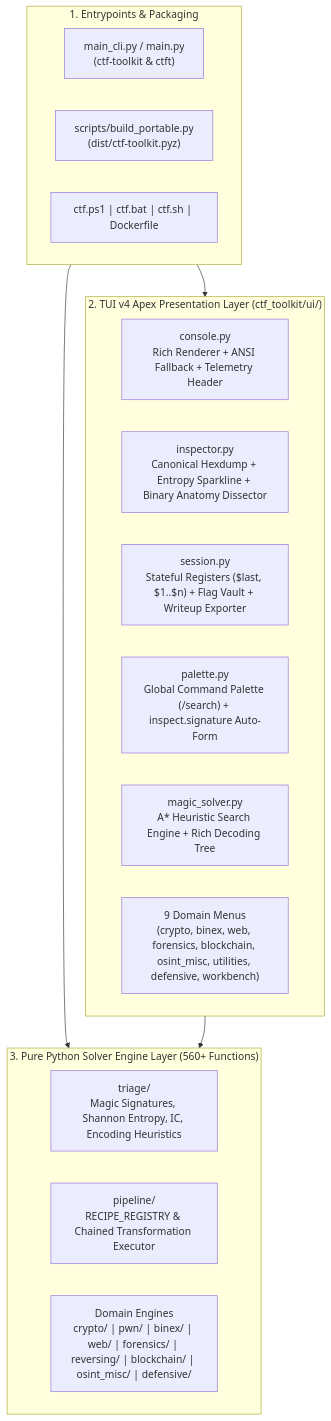
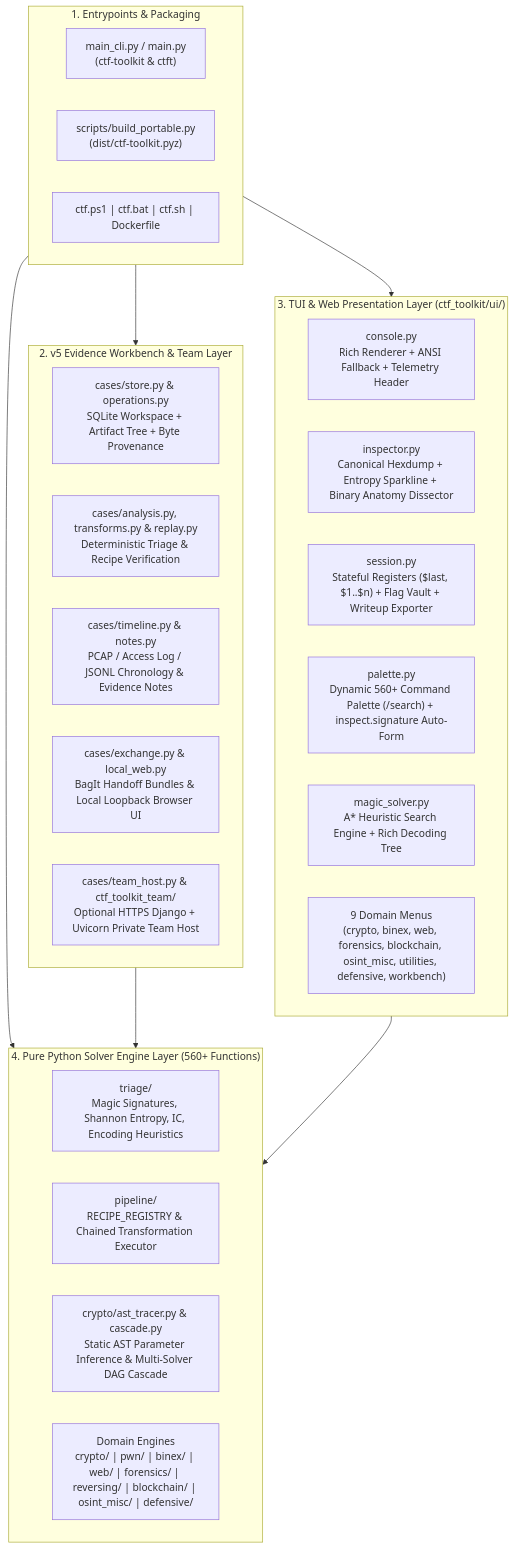
Before and after one commit to Nueeva/CTF-Toolkit: the diagram in docs/ARCHITECTURE.md, drawn with Mermaid. The commit also changed other lines of this file and 6 other files, not shown here.

````diff
--- a/docs/ARCHITECTURE.md
+++ b/docs/ARCHITECTURE.md
@@ -9,27 +9,38 @@
 ```mermaid
 flowchart TB
     subgraph Entrypoints["1. Entrypoints & Packaging"]
         CLI["main_cli.py / main.py\n(ctf-toolkit & ctft)"]
         PYZ["scripts/build_portable.py\n(dist/ctf-toolkit.pyz)"]
         Launchers["ctf.ps1 | ctf.bat | ctf.sh | Dockerfile"]
     end
 
-    subgraph Presentation["2. TUI v4 Apex Presentation Layer (ctf_toolkit/ui/)"]
+    subgraph Cases["2. v5 Evidence Workbench & Team Layer"]
+        Store["cases/store.py & operations.py\nSQLite Workspace + Artifact Tree + Byte Provenance"]
+        Replay["cases/analysis.py, transforms.py & replay.py\nDeterministic Triage & Recipe Verification"]
+        Timeline["cases/timeline.py & notes.py\nPCAP / Access Log / JSONL Chronology & Evidence Notes"]
+        Exchange["cases/exchange.py & local_web.py\nBagIt Handoff Bundles & Local Loopback Browser UI"]
+        TeamHost["cases/team_host.py & ctf_toolkit_team/\nOptional HTTPS Django + Uvicorn Private Team Host"]
+    end
+
+    subgraph Presentation["3. TUI & Web Presentation Layer (ctf_toolkit/ui/)"]
         Console["console.py\nRich Renderer + ANSI Fallback + Telemetry Header"]
         Inspector["inspector.py\nCanonical Hexdump + Entropy Sparkline + Binary Anatomy Dissector"]
         Session["session.py\nStateful Registers ($last, $1..$n) + Flag Vault + Writeup Exporter"]
-        Palette["palette.py\nGlobal Command Palette (/search) + inspect.signature Auto-Form"]
+        Palette["palette.py\nDynamic 560+ Command Palette (/search) + inspect.signature Auto-Form"]
         MagicUI["magic_solver.py\nA* Heuristic Search Engine + Rich Decoding Tree"]
         Menus["9 Domain Menus\n(crypto, binex, web, forensics, blockchain, osint_misc, utilities, defensive, workbench)"]
     end
 
-    subgraph Engine["3. Pure Python Solver Engine Layer (560+ Functions)"]
+    subgraph Engine["4. Pure Python Solver Engine Layer (560+ Functions)"]
         Triage["triage/\nMagic Signatures, Shannon Entropy, IC, Encoding Heuristics"]
         Pipeline["pipeline/\nRECIPE_REGISTRY & Chained Transformation Executor"]
+        ASTCascade["crypto/ast_tracer.py & cascade.py\nStatic AST Parameter Inference & Multi-Solver DAG Cascade"]
         Domains["Domain Engines\ncrypto/ | pwn/ | binex/ | web/ | forensics/ | reversing/ | blockchain/ | osint_misc/ | defensive/"]
     end
 
+    Entrypoints --> Cases
     Entrypoints --> Presentation
     Entrypoints --> Engine
+    Cases --> Engine
     Presentation --> Engine
 ```
````
